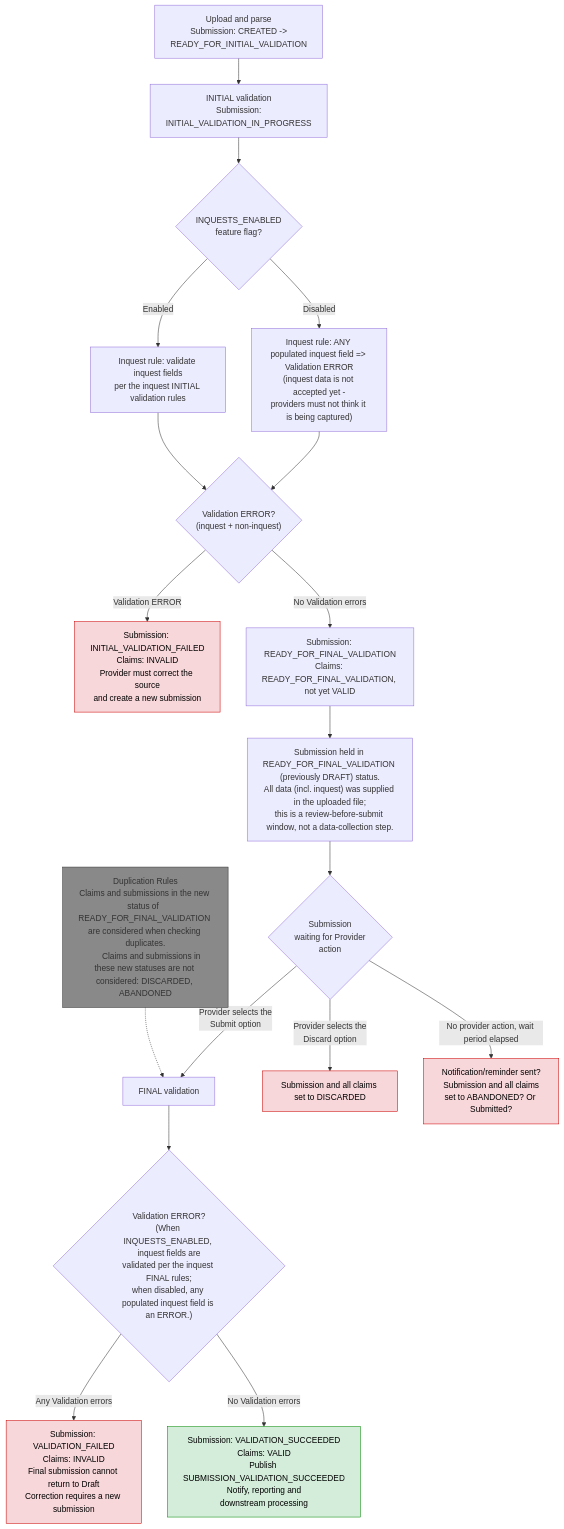
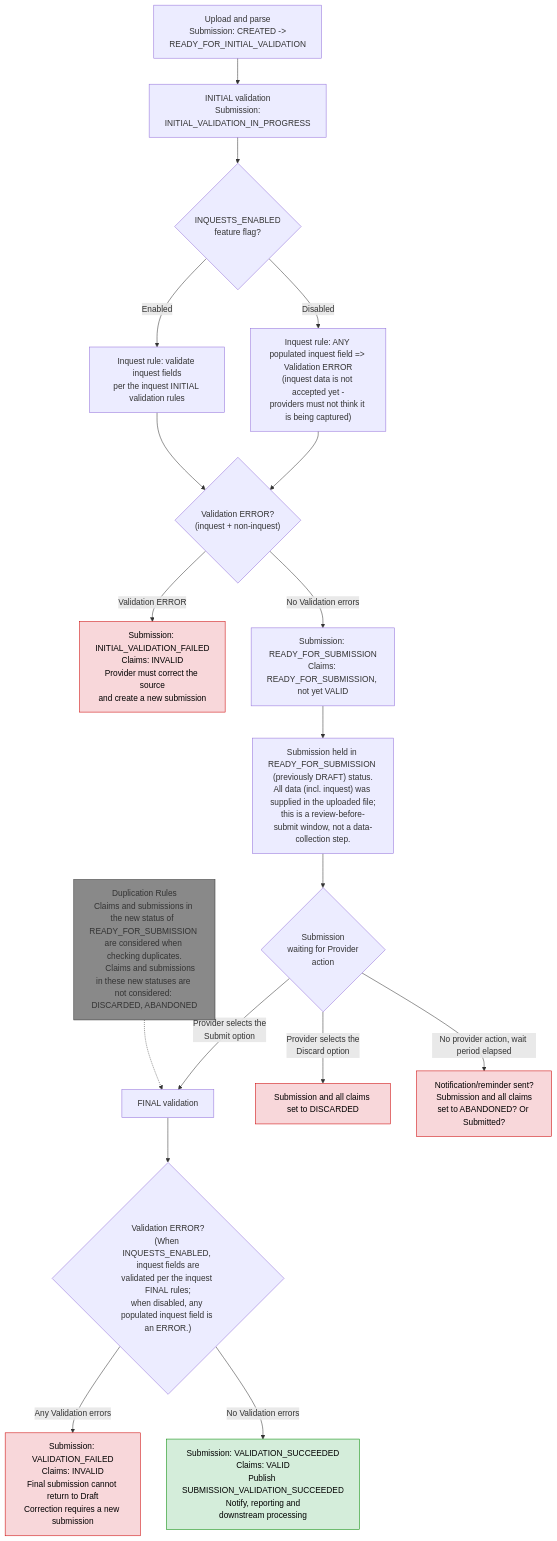
The diagram in docs/inquest-flow.md (ministryofjustice/laa-data-claims-api), drawn with Mermaid before and after one commit. The commit also changed other lines of this file and 3 other files, not shown here.

Commit message:
Replaced READY_FOR_FINAL_VALIDATION by READY_FOR_SUBMISSION, to match the spec in JIRA.

````diff
--- a/docs/inquest-flow.md
+++ b/docs/inquest-flow.md
@@ -14,33 +14,33 @@
 ```mermaid
 flowchart TD
     A[Upload and parse\n Submission: CREATED -> READY_FOR_INITIAL_VALIDATION] --> B[INITIAL validation\n Submission: INITIAL_VALIDATION_IN_PROGRESS]
     B --> FF{"INQUESTS_ENABLED\n feature flag?"}
     FF -->|Disabled| FDIS["Inquest rule: ANY populated inquest field => Validation ERROR<br/>(inquest data is not accepted yet -<br/>providers must not think it is being captured)"]
     FF -->|Enabled| FEN["Inquest rule: validate inquest fields<br/>per the inquest INITIAL validation rules"]
     FDIS --> C
     FEN --> C
     C{"Validation ERROR?<br/>(inquest + non-inquest)"}
     C -->|Validation ERROR| D["Submission: INITIAL_VALIDATION_FAILED<br/>Claims: INVALID<br/>Provider must correct the source<br/>and create a new submission"]
-    C -->|No Validation errors| E["Submission: READY_FOR_FINAL_VALIDATION<br/>Claims: READY_FOR_FINAL_VALIDATION, not yet VALID"]
-    E --> G["Submission held in READY_FOR_FINAL_VALIDATION (previously DRAFT) status.<br/>All data (incl. inquest) was supplied in the uploaded file;<br/>this is a review-before-submit window, not a data-collection step."]
+    C -->|No Validation errors| E["Submission: READY_FOR_SUBMISSION<br/>Claims: READY_FOR_SUBMISSION, not yet VALID"]
+    E --> G["Submission held in READY_FOR_SUBMISSION (previously DRAFT) status.<br/>All data (incl. inquest) was supplied in the uploaded file;<br/>this is a review-before-submit window, not a data-collection step."]
     G --> G1{Submission\n waiting for Provider\n action}
     G1 --> |Provider selects the\n Submit option|H1[FINAL validation]
     G1 --> |Provider selects the\n Discard option|H2["Submission and all claims set to DISCARDED"]
     G1 --> |No provider action, wait period elapsed|H3["Notification/reminder sent?\n Submission and all claims set to ABANDONED? Or Submitted?"]
     H1 --> I{"Validation ERROR?<br/>(When INQUESTS_ENABLED, inquest fields are<br/>validated per the inquest FINAL rules;<br/>when disabled, any populated inquest field is an ERROR.)"}
 
     I -->|Any Validation errors| J["Submission: VALIDATION_FAILED<br/>Claims: INVALID<br/>Final submission cannot return to Draft<br/>Correction requires a new submission"]
 
     I -->|No Validation errors| K["Submission: VALIDATION_SUCCEEDED<br/>Claims: VALID<br/>Publish SUBMISSION_VALIDATION_SUCCEEDED<br/>Notify, reporting and<br/>downstream processing"]
 
     %% Legend box placed next to H1 (dashed link nudges position)
-    L["Duplication Rules<br/>Claims and submissions in the new status of  READY_FOR_FINAL_VALIDATION are considered when checking duplicates.
+    L["Duplication Rules<br/>Claims and submissions in the new status of  READY_FOR_SUBMISSION are considered when checking duplicates.
       Claims and submissions in these new statuses are not considered: DISCARDED, ABANDONED
        "]
     L -.-> H1
     style L fill:#898989,stroke:#333,stroke-width:1px
     classDef fail fill:#f8d7da,stroke:#c00,color:#000;
     classDef ok fill:#d4edda,stroke:#080,color:#000;
     class D,J,H2,H3 fail;
     class K ok;
 ```
````
